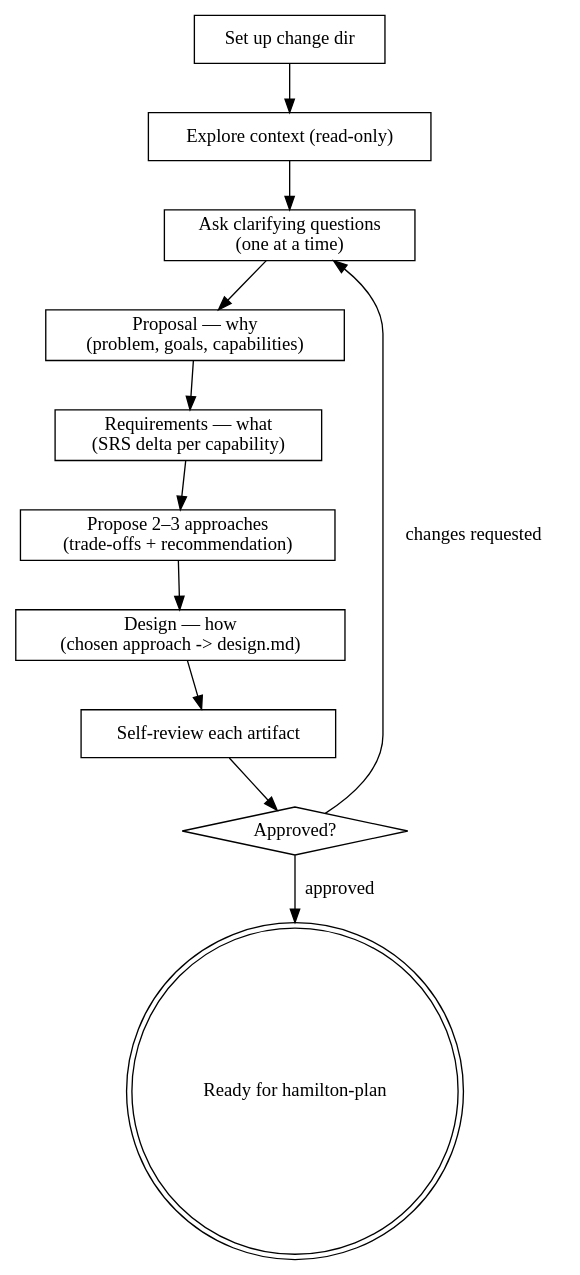
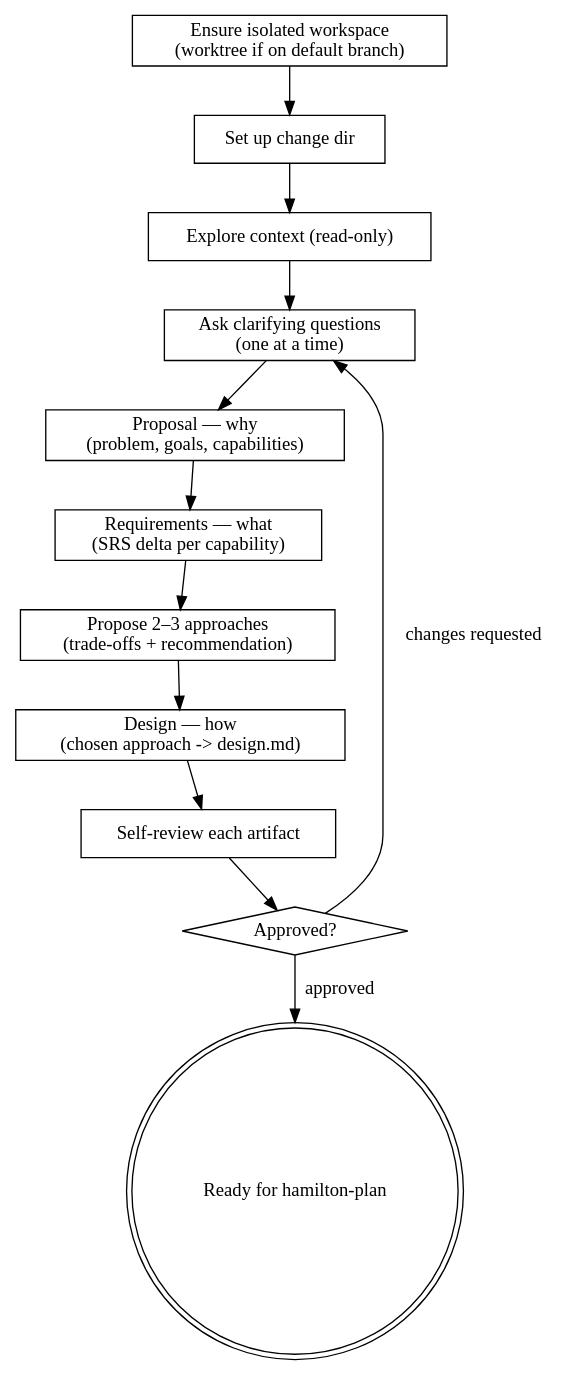
Before and after one commit to caiorcferreira/hamilton: the diagram in skills/hamilton-propose/SKILL.md, drawn with Graphviz. The commit also changed other lines of this file and 1 other file, not shown here.

Commit message:
feat: enter worktree when proposing or planning

````diff
--- a/skills/hamilton-propose/SKILL.md
+++ b/skills/hamilton-propose/SKILL.md
@@ -82,25 +88,27 @@
 ```dot
 digraph hamilton_propose {
+    "Ensure isolated workspace\n(worktree if on default branch)" [shape=box];
     "Set up change dir" [shape=box];
     "Explore context (read-only)" [shape=box];
     "Ask clarifying questions\n(one at a time)" [shape=box];
     "Proposal — why\n(problem, goals, capabilities)" [shape=box];
     "Requirements — what\n(SRS delta per capability)" [shape=box];
     "Propose 2–3 approaches\n(trade-offs + recommendation)" [shape=box];
     "Design — how\n(chosen approach -> design.md)" [shape=box];
     "Self-review each artifact" [shape=box];
     "Approved?" [shape=diamond];
     "Ready for hamilton-plan" [shape=doublecircle];
 
+    "Ensure isolated workspace\n(worktree if on default branch)" -> "Set up change dir";
     "Set up change dir" -> "Explore context (read-only)";
     "Explore context (read-only)" -> "Ask clarifying questions\n(one at a time)";
     "Ask clarifying questions\n(one at a time)" -> "Proposal — why\n(problem, goals, capabilities)";
     "Proposal — why\n(problem, goals, capabilities)" -> "Requirements — what\n(SRS delta per capability)";
     "Requirements — what\n(SRS delta per capability)" -> "Propose 2–3 approaches\n(trade-offs + recommendation)";
     "Propose 2–3 approaches\n(trade-offs + recommendation)" -> "Design — how\n(chosen approach -> design.md)";
     "Design — how\n(chosen approach -> design.md)" -> "Self-review each artifact";
     "Self-review each artifact" -> "Approved?";
     "Approved?" -> "Ask clarifying questions\n(one at a time)" [label="changes requested"];
     "Approved?" -> "Ready for hamilton-plan" [label="approved"];
 }
 ```
````
